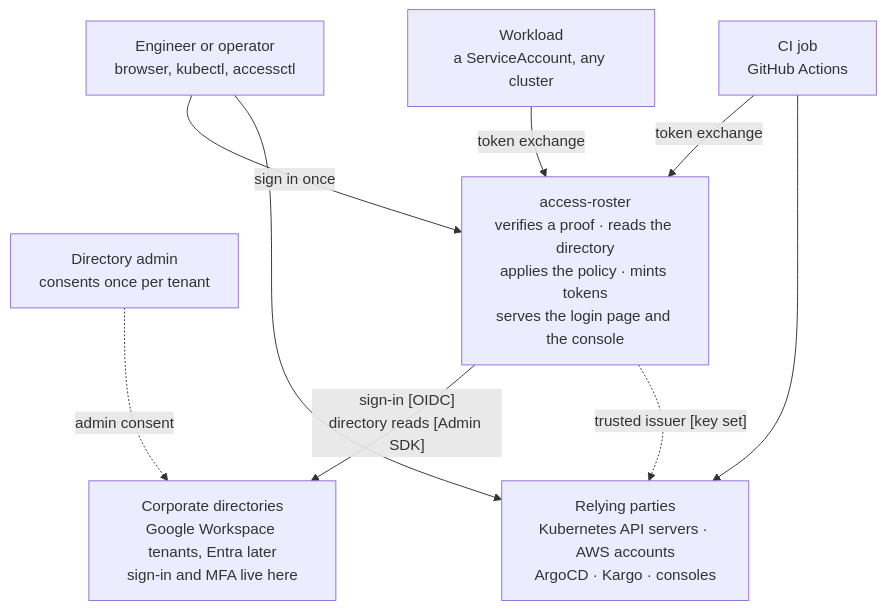
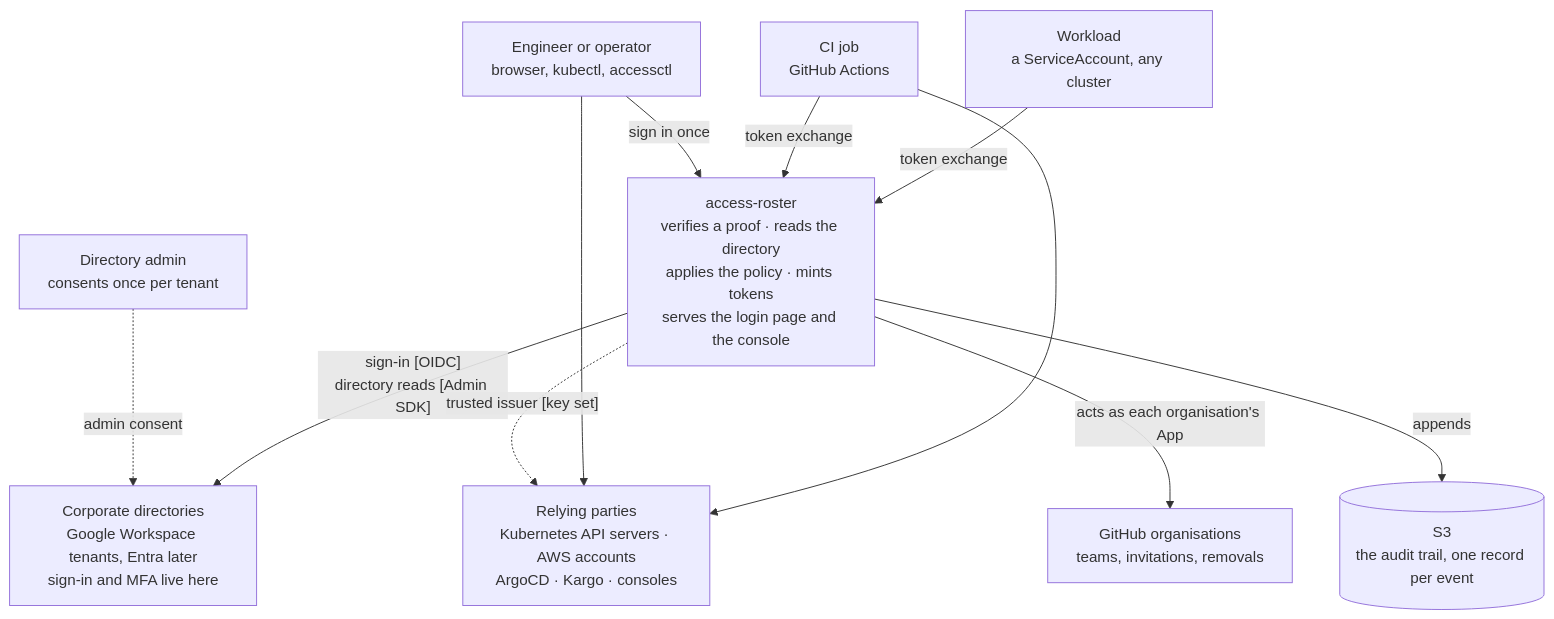
Before and after one commit to truvity/access-roster: the first of 2 diagrams in docs/architecture.md, drawn with Mermaid. The commit also changed other lines of this file and 37 other files, not shown here.

````diff
--- a/docs/architecture.md
+++ b/docs/architecture.md
@@ -28,21 +28,25 @@
 ```mermaid
 flowchart TB
   person["Engineer or operator<br/>browser, kubectl, accessctl"]
   ci["CI job<br/>GitHub Actions"]
   workload["Workload<br/>a ServiceAccount, any cluster"]
   admin["Directory admin<br/>consents once per tenant"]
 
   ar["access-roster<br/>verifies a proof · reads the directory<br/>applies the policy · mints tokens<br/>serves the login page and the console"]
 
   idp["Corporate directories<br/>Google Workspace tenants, Entra later<br/>sign-in and MFA live here"]
   rp["Relying parties<br/>Kubernetes API servers · AWS accounts<br/>ArgoCD · Kargo · consoles"]
+  gho["GitHub organisations<br/>teams, invitations, removals"]
+  s3[("S3<br/>the audit trail, one record per event")]
 
   person -- "sign in once" --> ar
   ci -- "token exchange" --> ar
   workload -- "token exchange" --> ar
   admin -. "admin consent" .-> idp
   ar -- "sign-in [OIDC]<br/>directory reads [Admin SDK]" --> idp
   ar -. "trusted issuer [key set]" .-> rp
+  ar -- "acts as each organisation's App" --> gho
+  ar -- "appends" --> s3
   person --> rp
   ci --> rp
 ```
````
